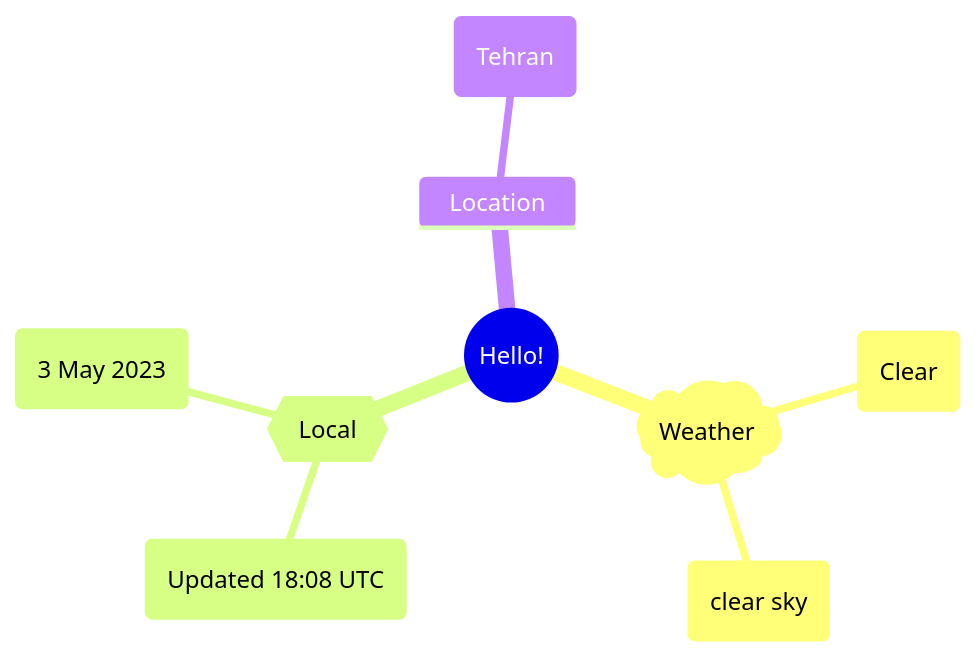
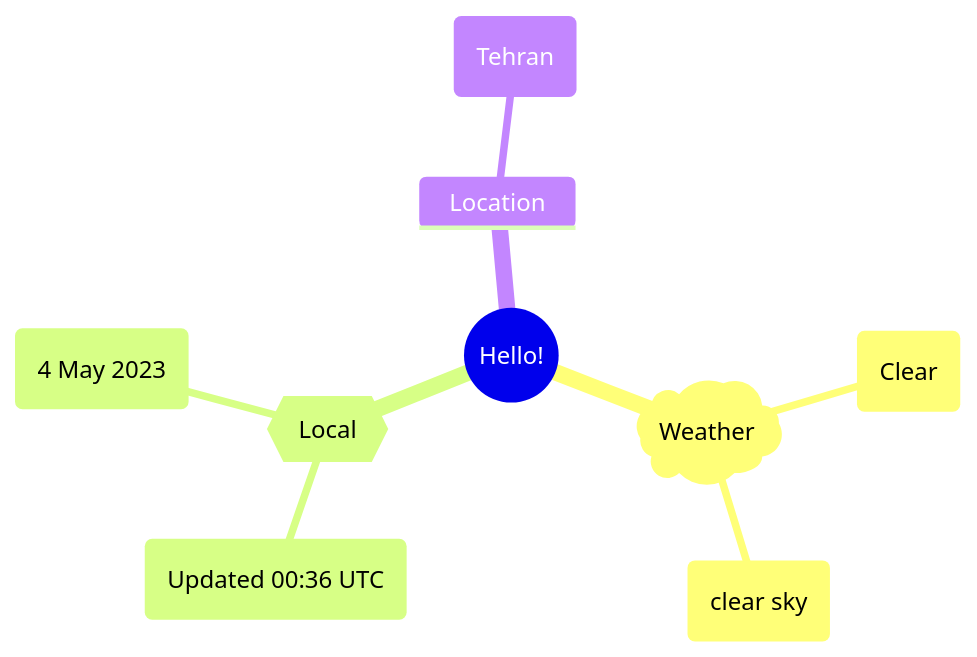
Before and after one commit to Xosrov/Xosrov: the first of 2 diagrams in README.md, drawn with Mermaid.

Commit message:
[bot] updated images

````diff
--- a/README.md
+++ b/README.md
@@ -3,12 +3,12 @@
 ```mermaid
 mindmap
   root((Hello!))
     )Weather(
         (Clear)
         (clear sky)
     {{Local}}
-        (Updated 18:08 UTC)
-        (3 May 2023)
+        (Updated 00:36 UTC)
+        (4 May 2023)
     Location
         (Tehran)
 ```
````
